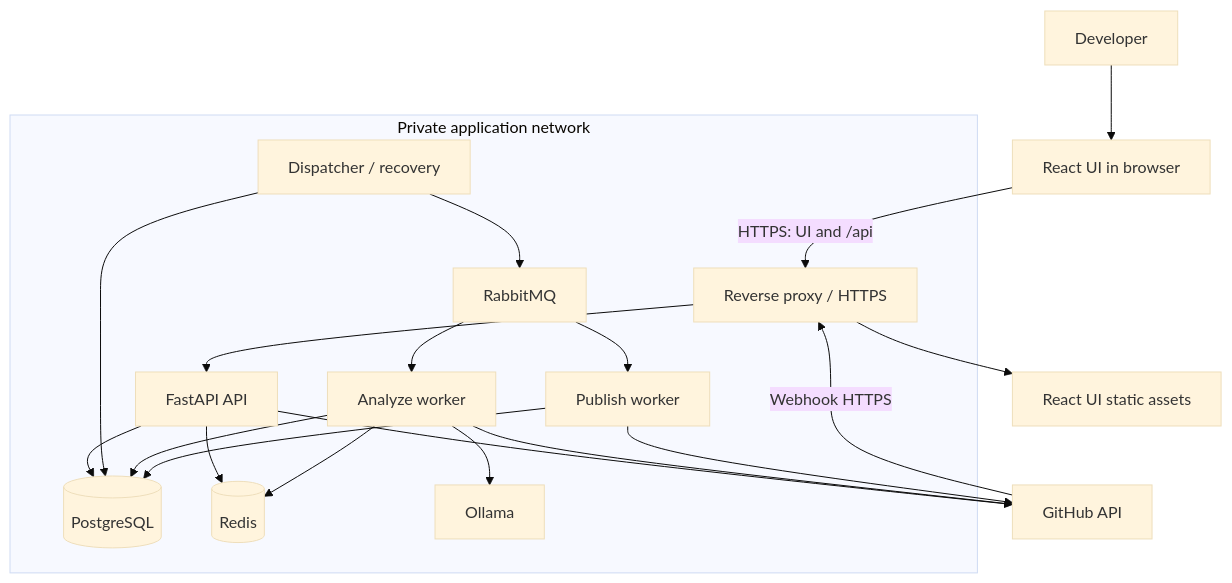
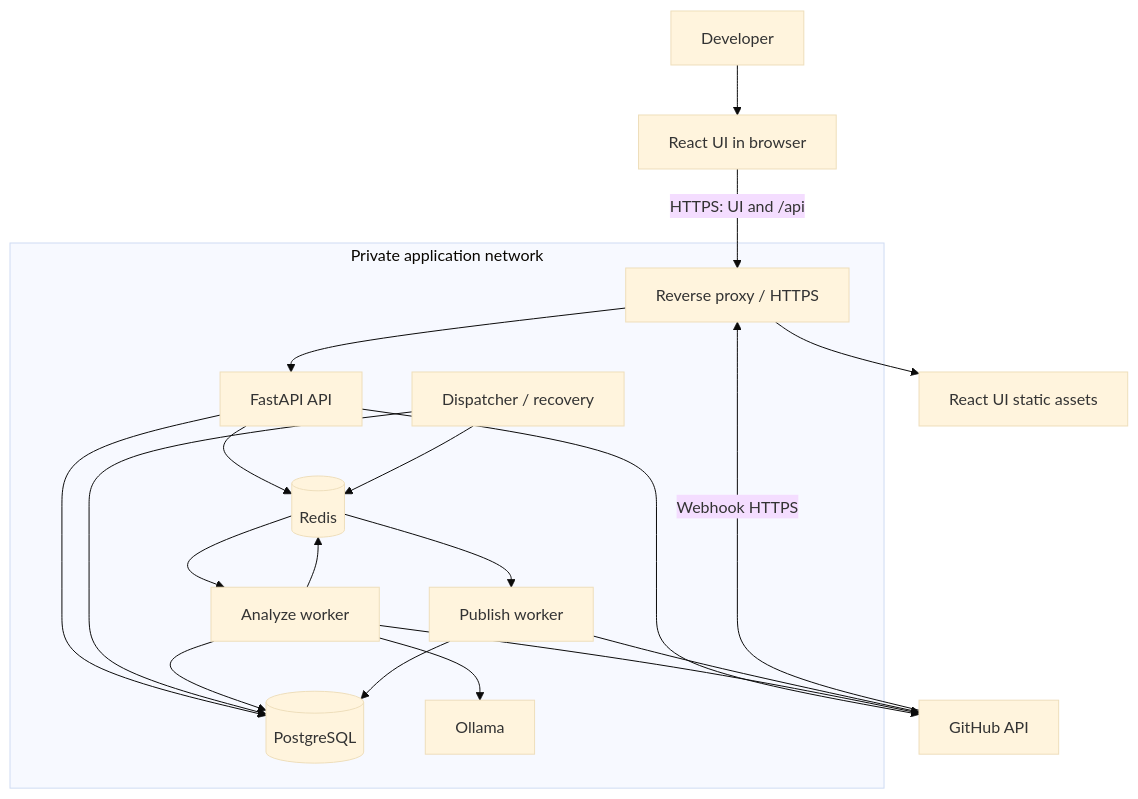
Before and after one commit to larchanka-training/dmc-268-ui-t2: the first of 7 diagrams in docs/SYSTEM_DESIGN.md, drawn with Mermaid (base theme). The commit also changed other lines of this file, not shown here.

````diff
--- a/docs/SYSTEM_DESIGN.md
+++ b/docs/SYSTEM_DESIGN.md
@@ -50,23 +61,23 @@
 ```mermaid
 flowchart TD
     User["Developer"] --> Browser["React UI in browser"]
     Browser -->|HTTPS: UI and /api| Proxy["Reverse proxy / HTTPS"]
     GH["GitHub API"] -->|Webhook HTTPS| Proxy
     Proxy --> Static["React UI static assets"]
     subgraph Private["Private application network"]
         Proxy --> API["FastAPI API"]
         API --> DB[("PostgreSQL")]
         API --> Cache[("Redis")]
         Dispatch["Dispatcher / recovery"] --> DB
-        Dispatch --> MQ["RabbitMQ"]
-        MQ --> Analyze["Analyze worker"]
-        MQ --> Publish["Publish worker"]
+        Dispatch --> Cache
+        Cache --> Analyze["Analyze worker"]
+        Cache --> Publish["Publish worker"]
         Analyze --> DB
         Analyze --> Cache
         Analyze --> LLM["Ollama"]
         Publish --> DB
     end
     API --> GH
     Analyze --> GH
     Publish --> GH
 ```
````
